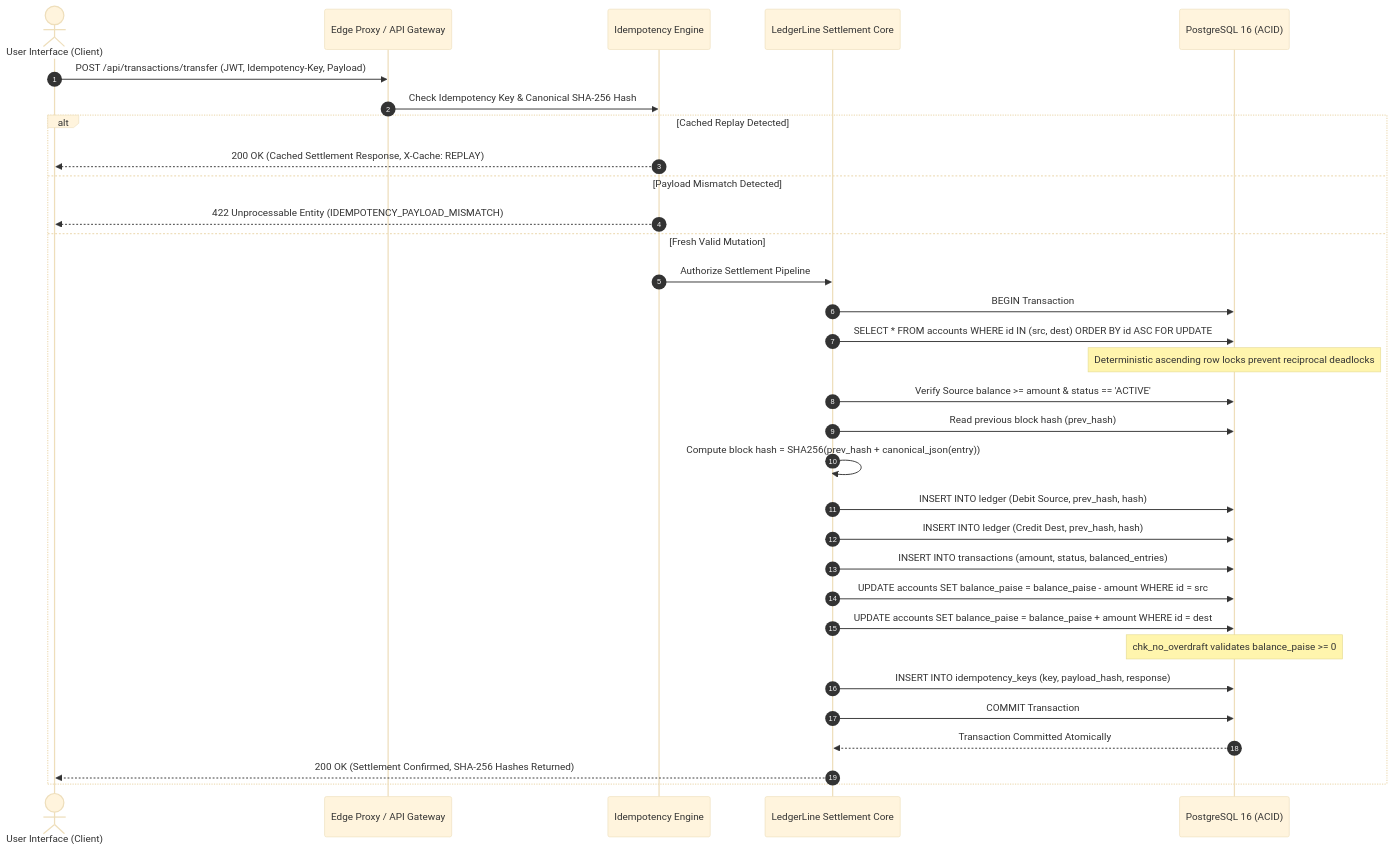
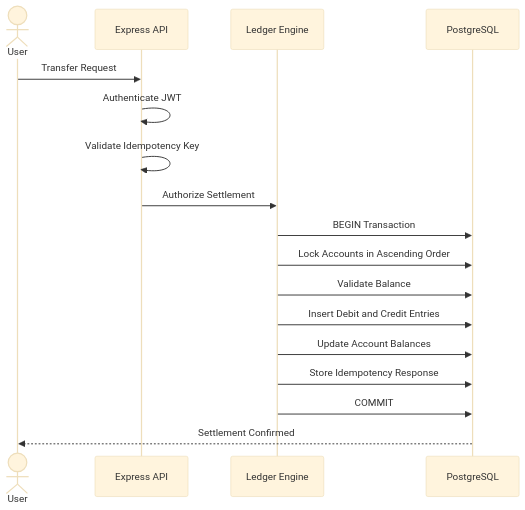
One commit to rupasribakka/LedgerLine changed the second of 4 diagrams in README.md. Above: the diagram before and after it, drawn with Mermaid (base theme). The commit also changed other lines of this file, not shown here.

````diff
--- a/README.md
+++ b/README.md
@@ -117,35 +223,20 @@
 ```mermaid
 sequenceDiagram
-    autonumber
-    actor User as User Interface (Client)
-    participant Edge as Edge Proxy / API Gateway
-    participant Idemp as Idempotency Engine
-    participant Engine as LedgerLine Settlement Core
-    participant DB as PostgreSQL 16 (ACID)
+    actor User
+    participant API as Express API
+    participant Engine as Ledger Engine
+    participant DB as PostgreSQL
 
-    User->>Edge: POST /api/transactions/transfer (JWT, Idempotency-Key, Payload)
-    Edge->>Idemp: Check Idempotency Key & Canonical SHA-256 Hash
-    alt Cached Replay Detected
-        Idemp-->>User: 200 OK (Cached Settlement Response, X-Cache: REPLAY)
-    else Payload Mismatch Detected
-        Idemp-->>User: 422 Unprocessable Entity (IDEMPOTENCY_PAYLOAD_MISMATCH)
-    else Fresh Valid Mutation
-        Idemp->>Engine: Authorize Settlement Pipeline
-        Engine->>DB: BEGIN Transaction
-        Engine->>DB: SELECT * FROM accounts WHERE id IN (src, dest) ORDER BY id ASC FOR UPDATE
-        Note over DB: Deterministic ascending row locks prevent reciprocal deadlocks
-        Engine->>DB: Verify Source balance >= amount & status == 'ACTIVE'
-        Engine->>DB: Read previous block hash (prev_hash)
-        Engine->>Engine: Compute block hash = SHA256(prev_hash + canonical_json(entry))
-        Engine->>DB: INSERT INTO ledger (Debit Source, prev_hash, hash)
-        Engine->>DB: INSERT INTO ledger (Credit Dest, prev_hash, hash)
-        Engine->>DB: INSERT INTO transactions (amount, status, balanced_entries)
-        Engine->>DB: UPDATE accounts SET balance_paise = balance_paise - amount WHERE id = src
-        Engine->>DB: UPDATE accounts SET balance_paise = balance_paise + amount WHERE id = dest
-        Note over DB: chk_no_overdraft validates balance_paise >= 0
-        Engine->>DB: INSERT INTO idempotency_keys (key, payload_hash, response)
-        Engine->>DB: COMMIT Transaction
-        DB-->>Engine: Transaction Committed Atomically
-        Engine-->>User: 200 OK (Settlement Confirmed, SHA-256 Hashes Returned)
-    end
+    User->>API: Transfer Request
+    API->>API: Authenticate JWT
+    API->>API: Validate Idempotency Key
+    API->>Engine: Authorize Settlement
+    Engine->>DB: BEGIN Transaction
+    Engine->>DB: Lock Accounts in Ascending Order
+    Engine->>DB: Validate Balance
+    Engine->>DB: Insert Debit and Credit Entries
+    Engine->>DB: Update Account Balances
+    Engine->>DB: Store Idempotency Response
+    Engine->>DB: COMMIT
+    DB-->>User: Settlement Confirmed
 ```
````
